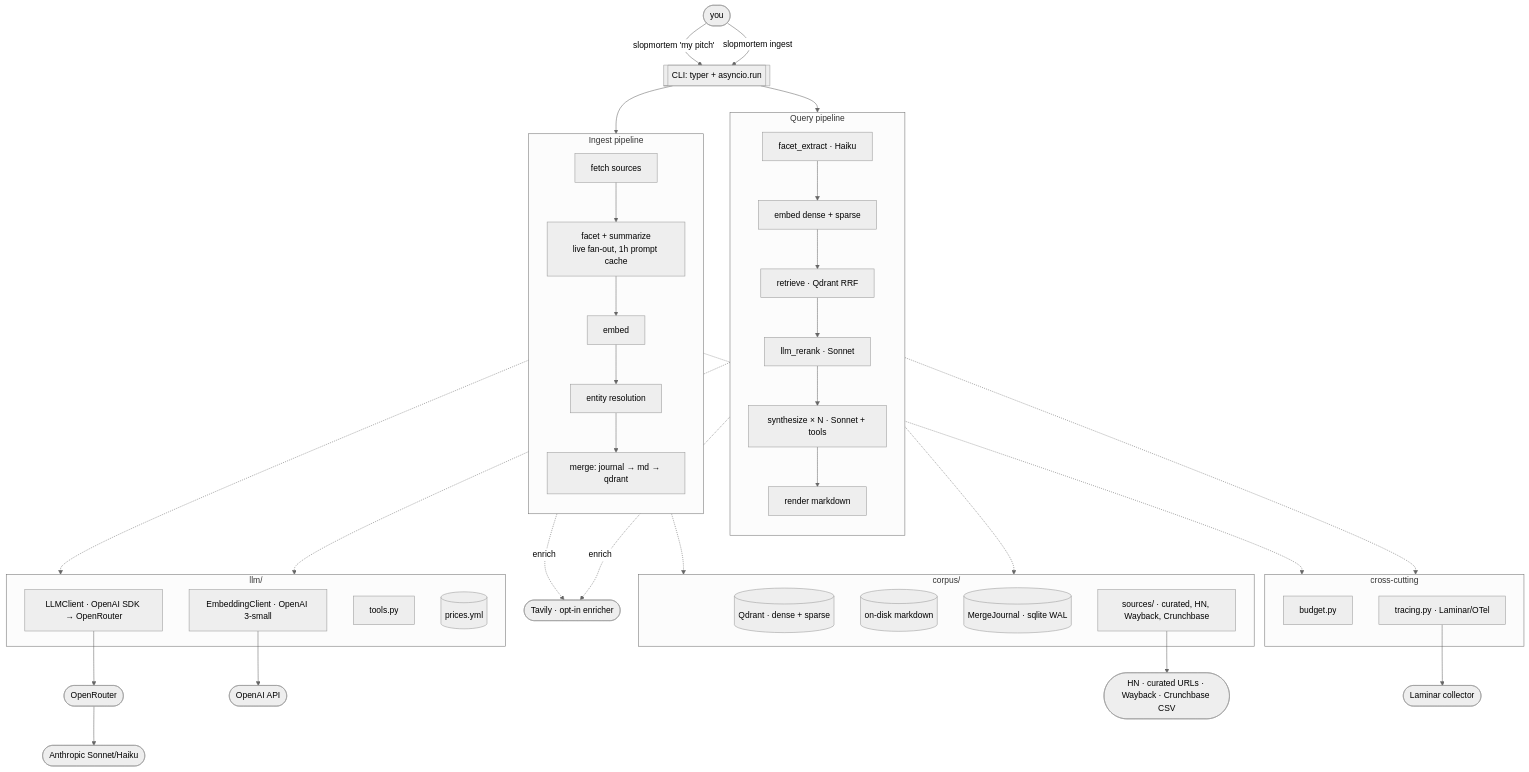
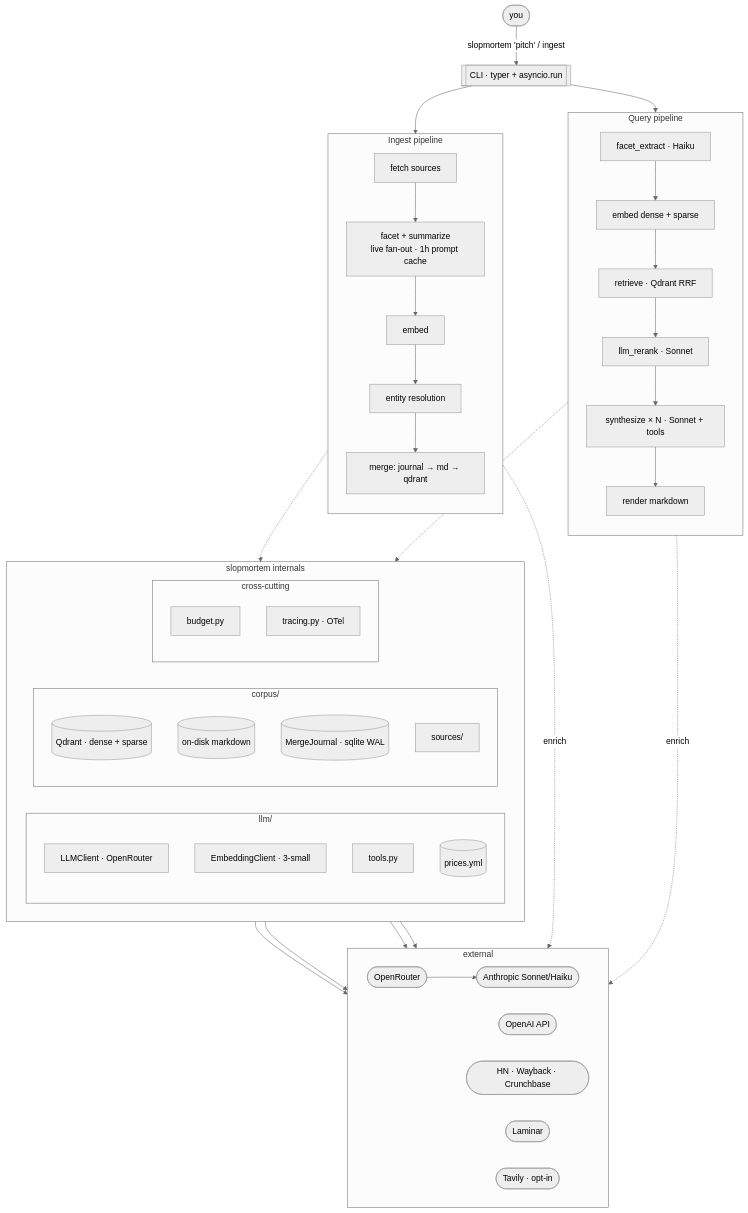
The diagram in README.md (vaporif/slopmortem), drawn with Mermaid (neutral theme) before and after one commit.

Commit message:
mermaid update

````diff
--- a/README.md
+++ b/README.md
@@ -9,68 +9,65 @@
 ```mermaid
-flowchart TB
-    User([you])
-
-    User -->|"slopmortem 'my pitch'"| CLI
-    User -->|"slopmortem ingest"| CLI
-
-    CLI[["CLI: typer + asyncio.run"]]
-
-    CLI --> Q
-    CLI --> I
+flowchart TD
+    User([you]) -->|"slopmortem 'pitch' / ingest"| CLI[["CLI · typer + asyncio.run"]]
+    CLI --> Q1
+    CLI --> I1
 
     subgraph Q["Query pipeline"]
         direction TB
-        Q1["facet_extract · Haiku"]
-        Q2["embed dense + sparse"]
-        Q3["retrieve · Qdrant RRF"]
-        Q4["llm_rerank · Sonnet"]
-        Q5["synthesize × N · Sonnet + tools"]
-        Q6["render markdown"]
-        Q1 --> Q2 --> Q3 --> Q4 --> Q5 --> Q6
+        Q1[facet_extract · Haiku] --> Q2[embed dense + sparse]
+        Q2 --> Q3[retrieve · Qdrant RRF]
+        Q3 --> Q4[llm_rerank · Sonnet]
+        Q4 --> Q5[synthesize × N · Sonnet + tools]
+        Q5 --> Q6[render markdown]
     end
 
     subgraph I["Ingest pipeline"]
         direction TB
-        I1["fetch sources"]
-        I2["facet + summarize<br/>live fan-out, 1h prompt cache"]
-        I3["embed"]
-        I4["entity resolution"]
-        I5["merge: journal → md → qdrant"]
-        I1 --> I2 --> I3 --> I4 --> I5
+        I1[fetch sources] --> I2["facet + summarize<br/>live fan-out · 1h prompt cache"]
+        I2 --> I3[embed]
+        I3 --> I4[entity resolution]
+        I4 --> I5["merge: journal → md → qdrant"]
     end
 
-    subgraph llm["llm/"]
-        LLMC["LLMClient · OpenAI SDK → OpenRouter"]
-        Embed["EmbeddingClient · OpenAI 3-small"]
-        Tools["tools.py"]
-        Prices[("prices.yml")]
+    Q -.-> Internals
+    I -.-> Internals
+
+    subgraph Internals["slopmortem internals"]
+        direction LR
+        subgraph llm["llm/"]
+            direction TB
+            LLMC[LLMClient · OpenRouter]
+            Embed[EmbeddingClient · 3-small]
+            Tools[tools.py]
+            Prices[(prices.yml)]
+        end
+        subgraph corpus["corpus/"]
+            direction TB
+            Qdrant[(Qdrant · dense + sparse)]
+            MD[(on-disk markdown)]
+            Journal[(MergeJournal · sqlite WAL)]
+            Sources[sources/]
+        end
+        subgraph cross["cross-cutting"]
+            direction TB
+            Budget[budget.py]
+            Trace[tracing.py · OTel]
+        end
     end
 
-    subgraph corpus["corpus/"]
-        Qdrant[("Qdrant · dense + sparse")]
-        MD[("on-disk markdown")]
-        Journal[("MergeJournal · sqlite WAL")]
-        Sources["sources/ · curated, HN, Wayback, Crunchbase"]
-    end
-
-    subgraph cross["cross-cutting"]
-        Budget["budget.py"]
-        Trace["tracing.py · Laminar/OTel"]
-    end
-
-    Q -.-> llm
-    Q -.-> corpus
-    I -.-> llm
-    I -.-> corpus
-    Q -.-> cross
-    I -.-> cross
-
-    LLMC --> OR([OpenRouter])
-    OR --> ANT([Anthropic Sonnet/Haiku])
-    Embed --> OAI([OpenAI API])
-    Sources --> Web([HN · curated URLs · Wayback · Crunchbase CSV])
-    TV([Tavily · opt-in enricher])
+    LLMC --> OR
+    Embed --> OAI
+    Sources --> Web
+    Trace --> LMNR
     Q5 -.->|enrich| TV
     I2 -.->|enrich| TV
-    Trace --> LMNR([Laminar collector])
+
+    subgraph Ext["external"]
+        direction LR
+        OR([OpenRouter]) --> ANT([Anthropic Sonnet/Haiku])
+        OAI([OpenAI API])
+        Web([HN · Wayback · Crunchbase])
+        TV([Tavily · opt-in])
+        LMNR([Laminar])
+    end
 ```
````
